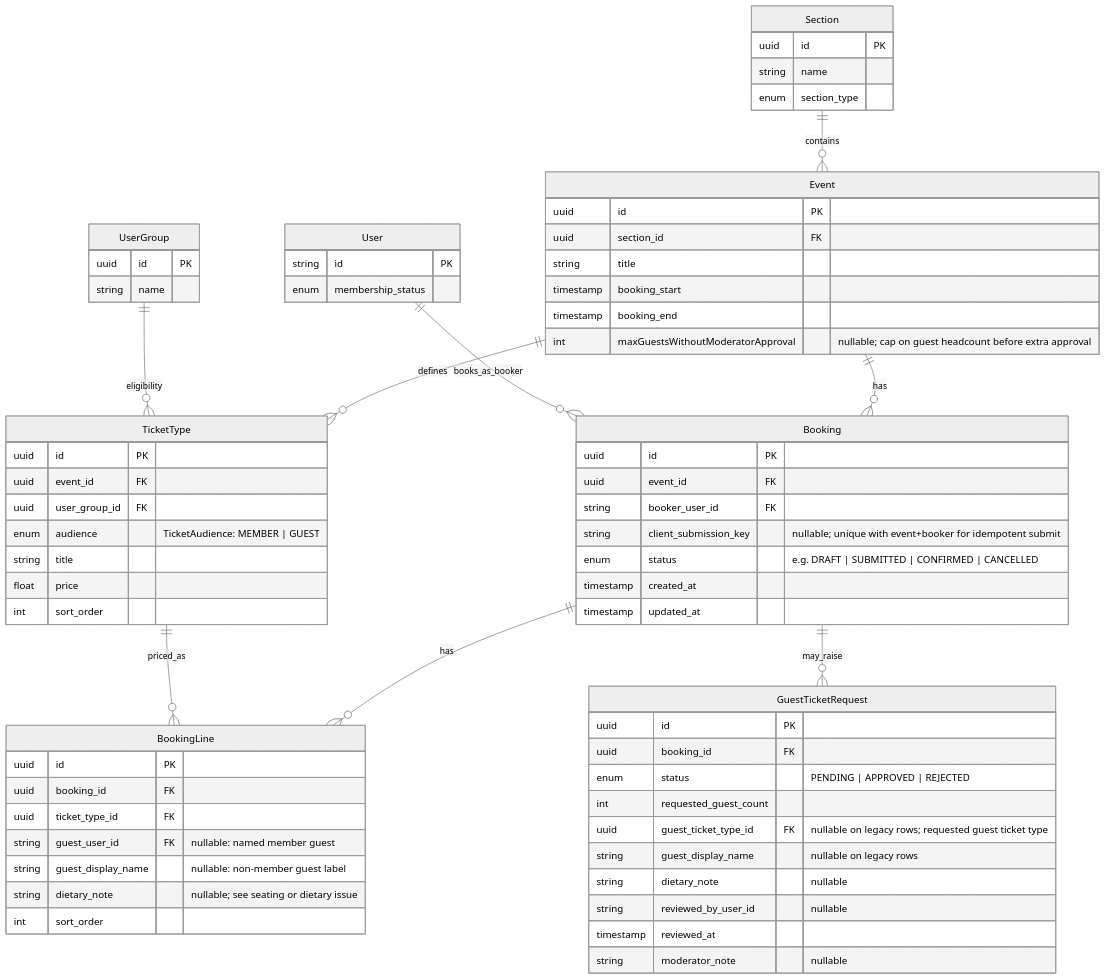
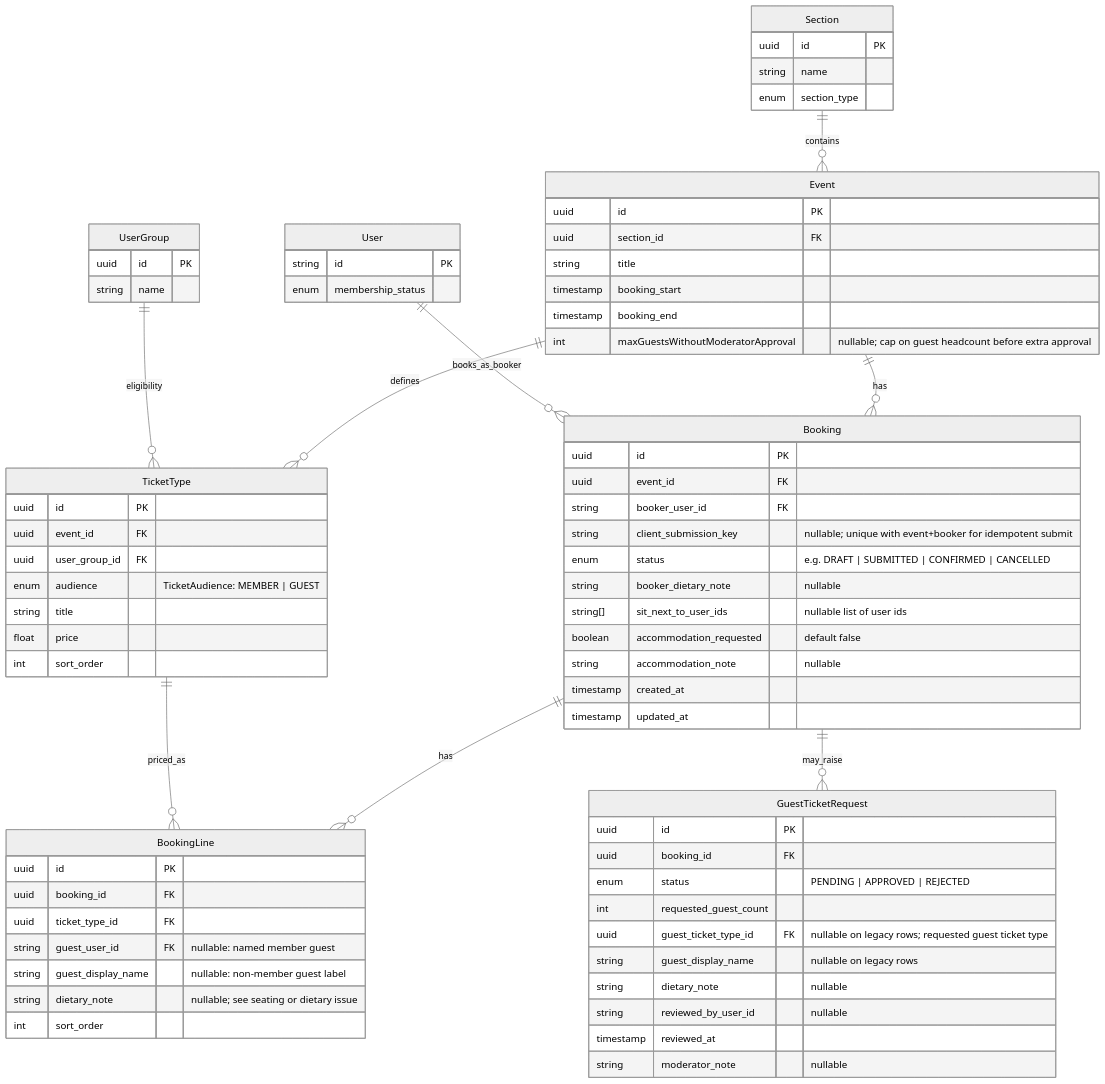
One commit to rafsodc/sodc-web changed the diagram in docs/architecture/booking-data-model.md. Above: the diagram before and after it, drawn with Mermaid (neutral theme). The commit also changed other lines of this file and 19 other files, not shown here.

First line of the commit message:
feat(booking): add dietary, seating, and accommodation preferences

```diff
--- a/docs/architecture/booking-data-model.md
+++ b/docs/architecture/booking-data-model.md
@@ -62,6 +62,10 @@
     string booker_user_id FK
     string client_submission_key "nullable; unique with event+booker for idempotent submit"
     enum status "e.g. DRAFT | SUBMITTED | CONFIRMED | CANCELLED"
+    string booker_dietary_note "nullable"
+    string[] sit_next_to_user_ids "nullable list of user ids"
+    boolean accommodation_requested "default false"
+    string accommodation_note "nullable"
     timestamp created_at
     timestamp updated_at
   }
```
